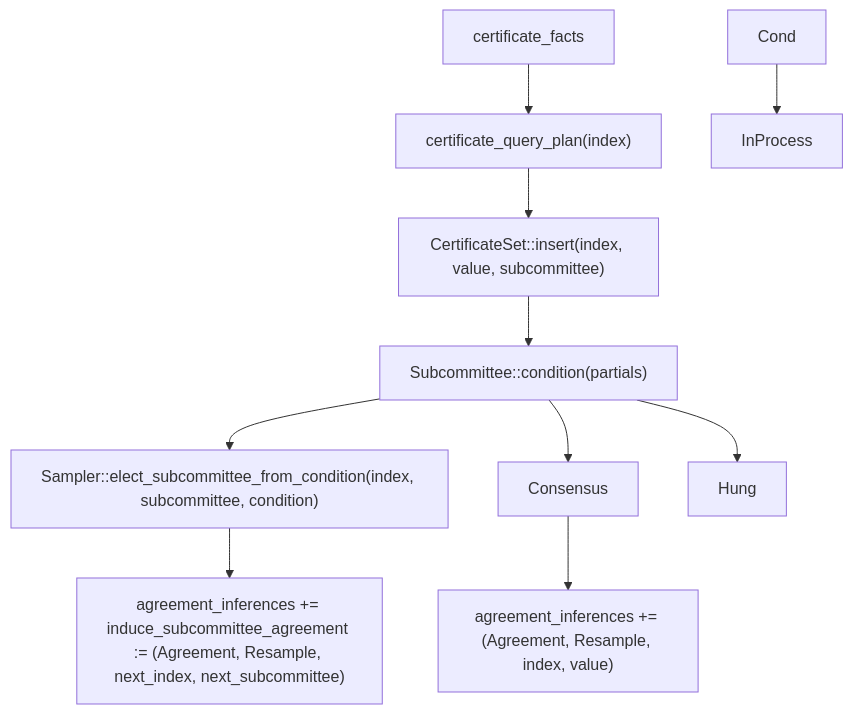
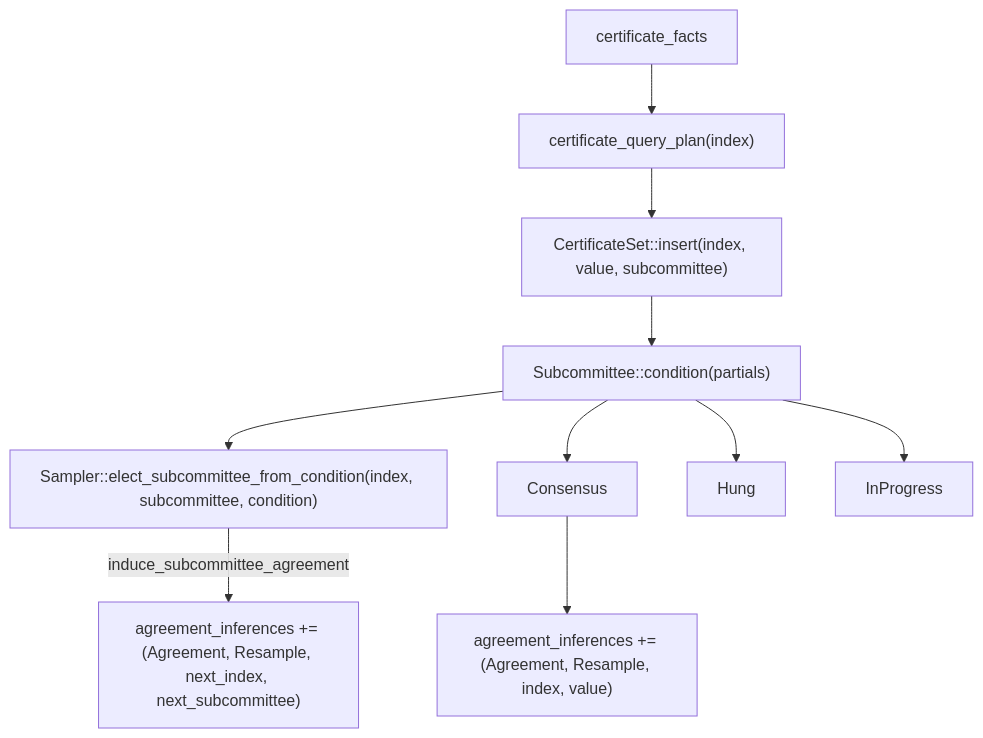
Before and after one commit to ramate-io/gwrdfa: the diagram in gwrdfa/resample/core/README.md, drawn with Mermaid. The commit also changed other lines of this file, not shown here.

Commit message:
docs: dscribe induce agreement.

````diff
--- a/gwrdfa/resample/core/README.md
+++ b/gwrdfa/resample/core/README.md
@@ -24,12 +24,12 @@
 ```mermaid
 flowchart TB
     CF["certificate_facts"] --> CQ["certificate_query_plan(index)"]
     CQ --> CS["CertificateSet::insert(index, value, subcommittee)"]
     CS --> COND["Subcommittee::condition(partials)"]
     COND --> SAM["Sampler::elect_subcommittee_from_condition(index, subcommittee, condition)"]
     COND --> Consensus
     COND --> Hung
-    Cond --> InProcess
+    COND --> InProgress
     Consensus --> AV["agreement_inferences += (Agreement, Resample, index, value)"]
-    SAM --> AI["agreement_inferences += induce_subcommittee_agreement := (Agreement, Resample, next_index, next_subcommittee)"]
+    SAM -- "induce_subcommittee_agreement" --> AI["agreement_inferences += (Agreement, Resample, next_index, next_subcommittee)"]
 ```
````
